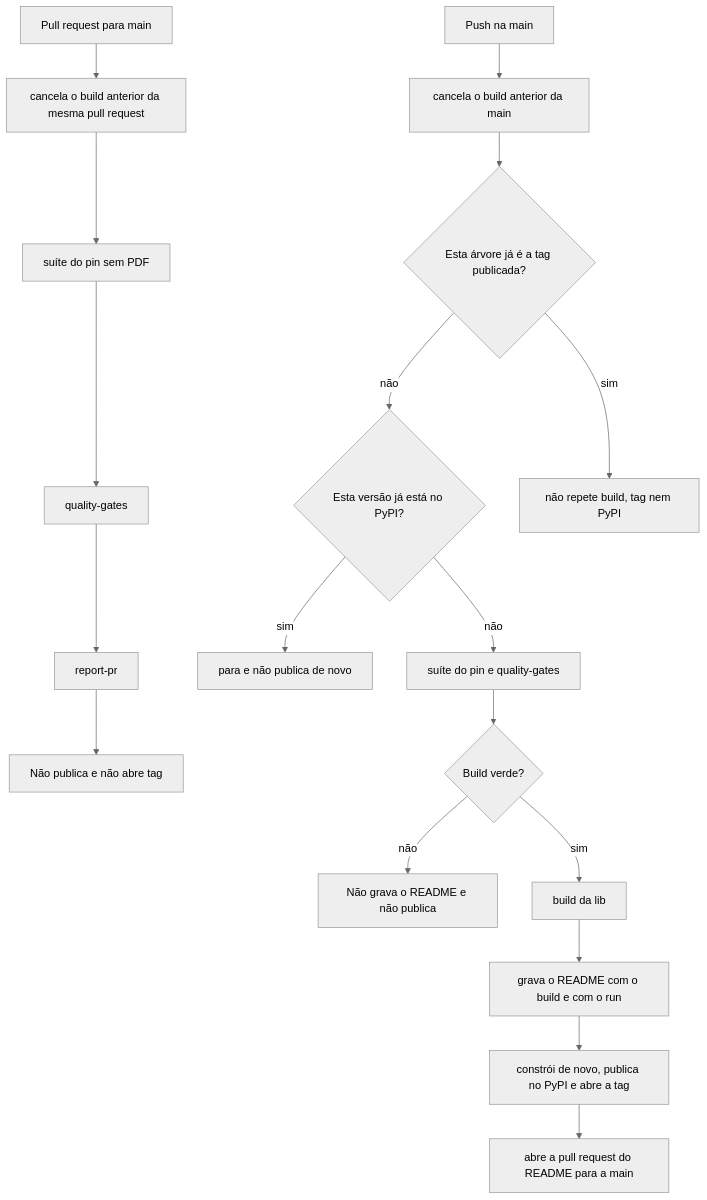
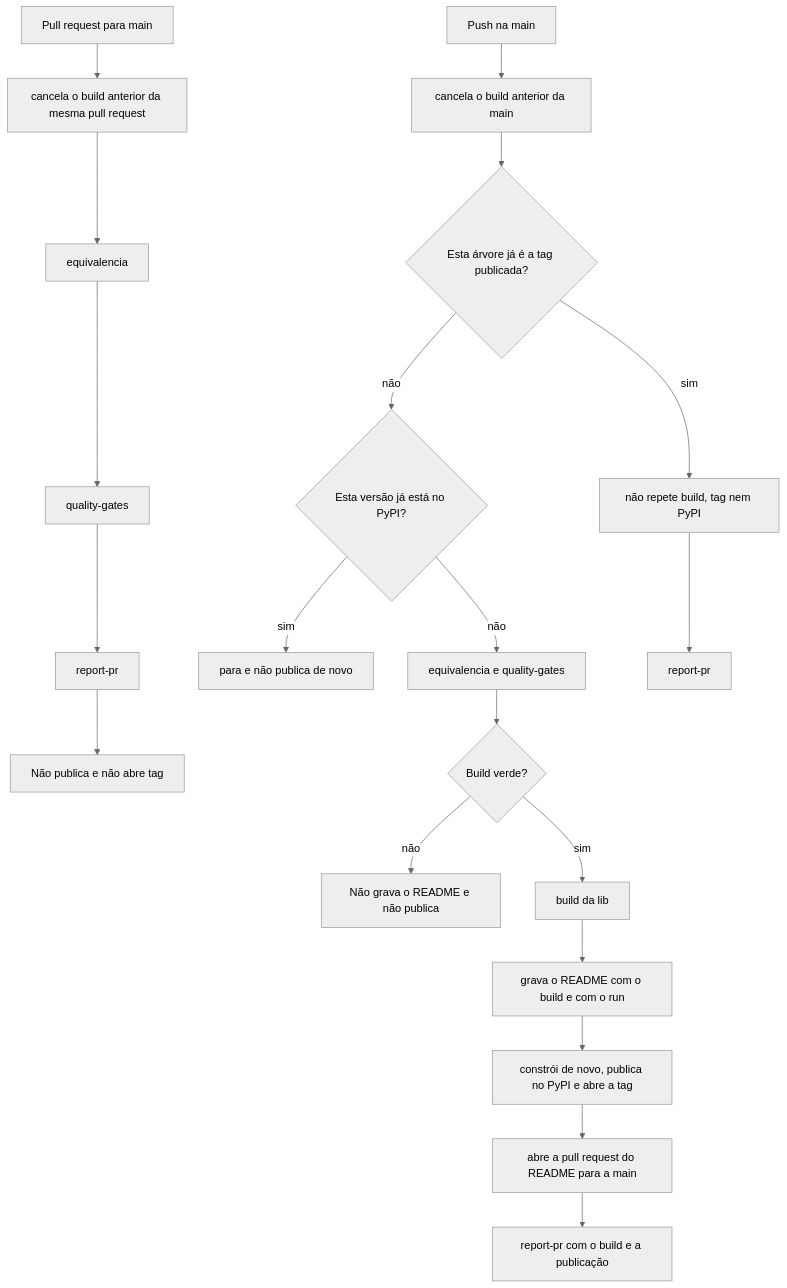
One commit to garusocruz/calculadora-rtc-gerador-danfse changed the first of 3 diagrams in docs/publicacao-flow.md. Above: the diagram before and after it, drawn with Mermaid (neutral theme). The commit also changed other lines of this file and 15 other files, not shown here.

````diff
--- a/docs/publicacao-flow.md
+++ b/docs/publicacao-flow.md
@@ -7,20 +9,22 @@
 ```mermaid
 flowchart TD
   pr[Pull request para main] --> cancelaPr[cancela o build anterior da mesma pull request]
-  cancelaPr --> pin[suíte do pin sem PDF]
-  pin --> qg[quality-gates]
+  cancelaPr --> equiv[equivalencia]
+  equiv --> qg[quality-gates]
   qg --> comentarioPr[report-pr]
   comentarioPr --> fimPr[Não publica e não abre tag]
   merge[Push na main] --> cancelaMain[cancela o build anterior da main]
   cancelaMain --> tipo{Esta árvore já é a tag publicada?}
   tipo -->|não| jaPy{Esta versão já está no PyPI?}
   jaPy -->|sim| recusa[para e não publica de novo]
-  jaPy -->|não| suite[suíte do pin e quality-gates]
+  jaPy -->|não| suite[equivalencia e quality-gates]
   suite --> verde{Build verde?}
   verde -->|não| paraSuite[Não grava o README e não publica]
   verde -->|sim| build[build da lib]
   build --> readme[grava o README com o build e com o run]
   readme --> publica[constrói de novo, publica no PyPI e abre a tag]
   publica --> prReadme[abre a pull request do README para a main]
+  prReadme --> comentario[report-pr com o build e a publicação]
   tipo -->|sim| nada[não repete build, tag nem PyPI]
+  nada --> comentarioMerge[report-pr]
 ```
````
